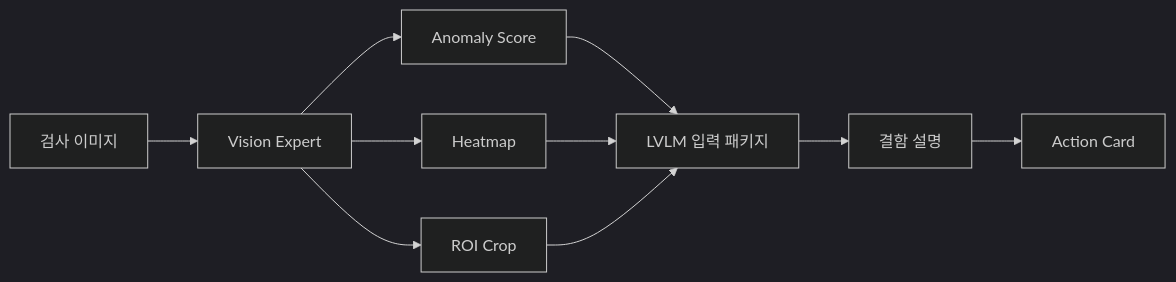
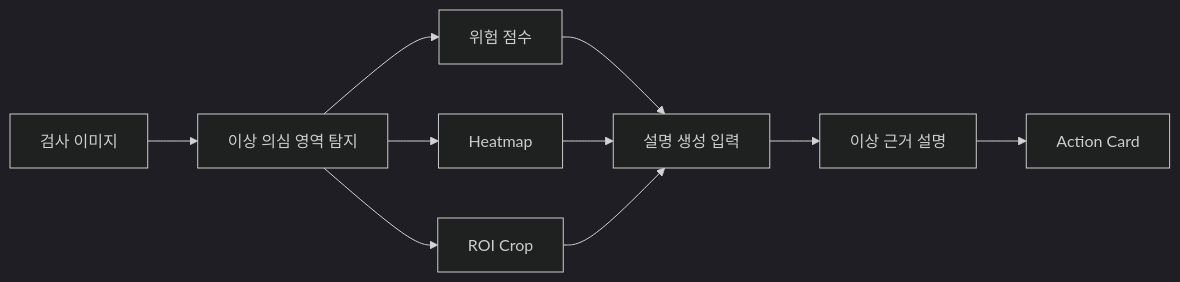
One commit to arnold6444/reprise-project-summaries changed the diagram in docs/explainable-industrial-anomaly-detection.md. Above: the diagram before and after it, drawn with Mermaid (dark theme). The commit also changed other lines of this file, not shown here.

Commit message:
Simplify anomaly detection summary wording

````diff
--- a/docs/explainable-industrial-anomaly-detection.md
+++ b/docs/explainable-industrial-anomaly-detection.md
@@ -21,12 +21,12 @@
 ```mermaid
 flowchart LR
-    A[검사 이미지] --> B[Vision Expert]
-    B --> C[Anomaly Score]
+    A[검사 이미지] --> B[이상 의심 영역 탐지]
+    B --> C[위험 점수]
     B --> D[Heatmap]
     B --> E[ROI Crop]
-    C --> F[LVLM 입력 패키지]
+    C --> F[설명 생성 입력]
     D --> F
     E --> F
-    F --> G[결함 설명]
+    F --> G[이상 근거 설명]
     G --> H[Action Card]
 ```
````
